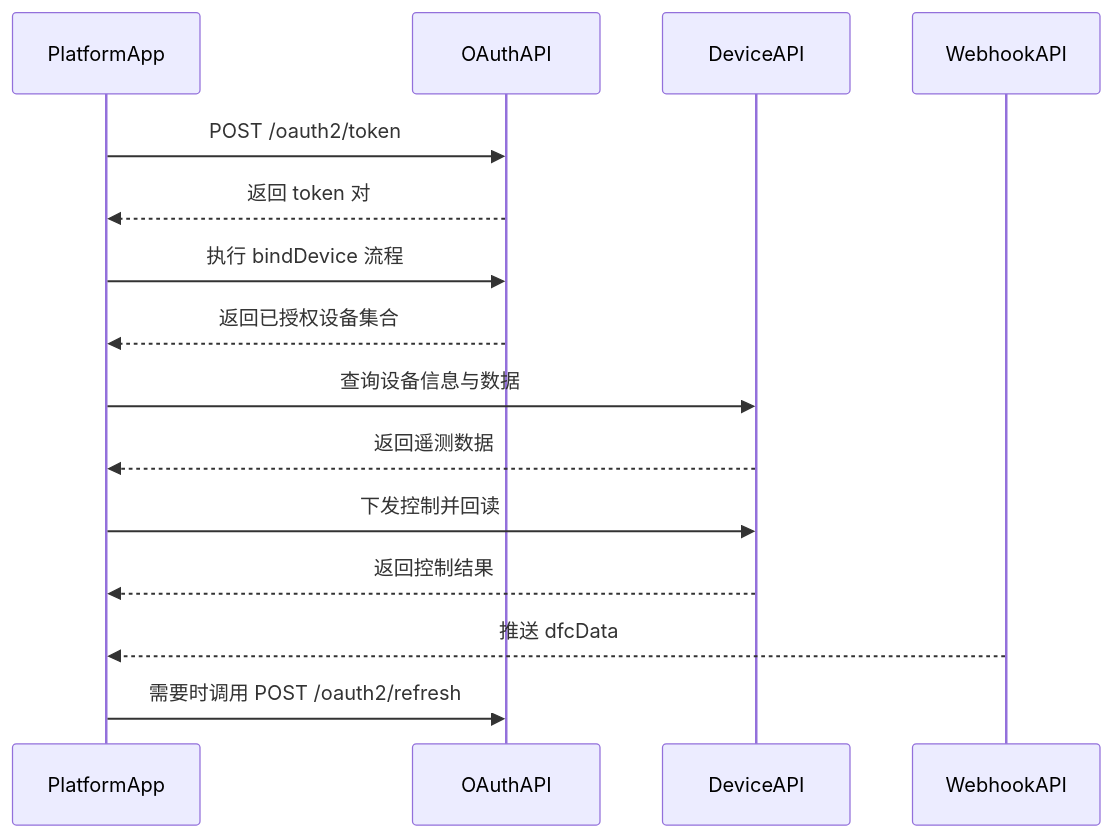
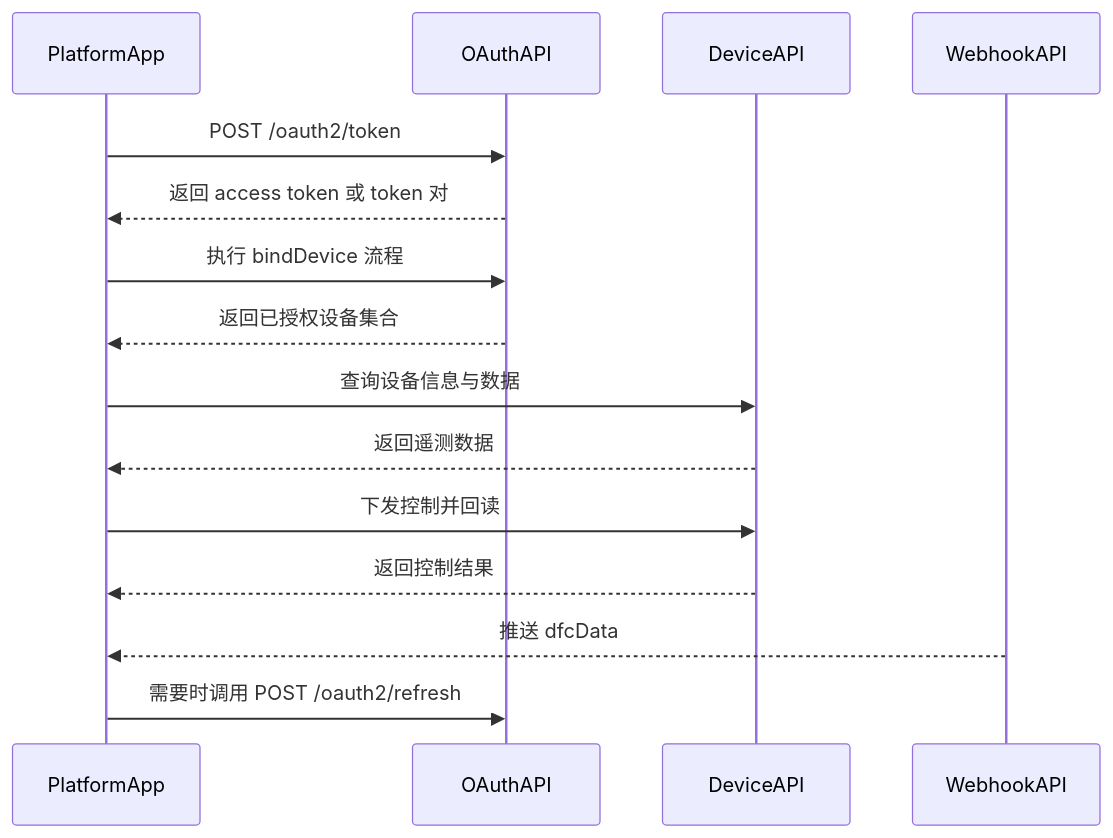
One commit to EugeneJian/growatt-unified-api changed the second of 2 diagrams in Growatt API/OPENAPI.zh-CN/README.md. Above: the diagram before and after it, drawn with Mermaid. The commit also changed other lines of this file and 26 other files, not shown here.

````diff
--- a/Growatt API/OPENAPI.zh-CN/README.md
+++ b/Growatt API/OPENAPI.zh-CN/README.md
@@ -25,19 +25,19 @@
 ```mermaid
 %% 本代码严格遵循AI生成Mermaid代码的终极准则v4.1（Mermaid终极大师）
 sequenceDiagram
     participant Platform as PlatformApp
     participant OAuth as OAuthAPI
     participant Device as DeviceAPI
     participant Push as WebhookAPI
 
     Platform->>OAuth: POST /oauth2/token
-    OAuth-->>Platform: 返回 token 对
+    OAuth-->>Platform: 返回 access token 或 token 对
     Platform->>OAuth: 执行 bindDevice 流程
     OAuth-->>Platform: 返回已授权设备集合
     Platform->>Device: 查询设备信息与数据
     Device-->>Platform: 返回遥测数据
     Platform->>Device: 下发控制并回读
     Device-->>Platform: 返回控制结果
     Push-->>Platform: 推送 dfcData
     Platform->>OAuth: 需要时调用 POST /oauth2/refresh
 ```
````
